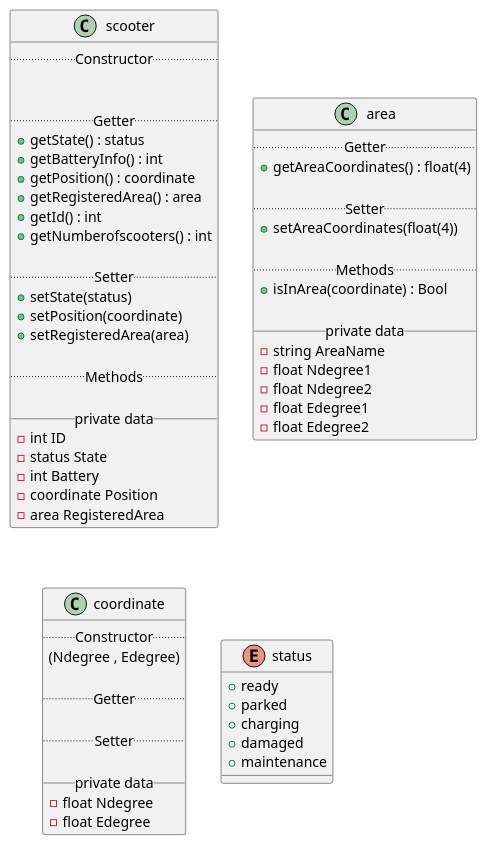
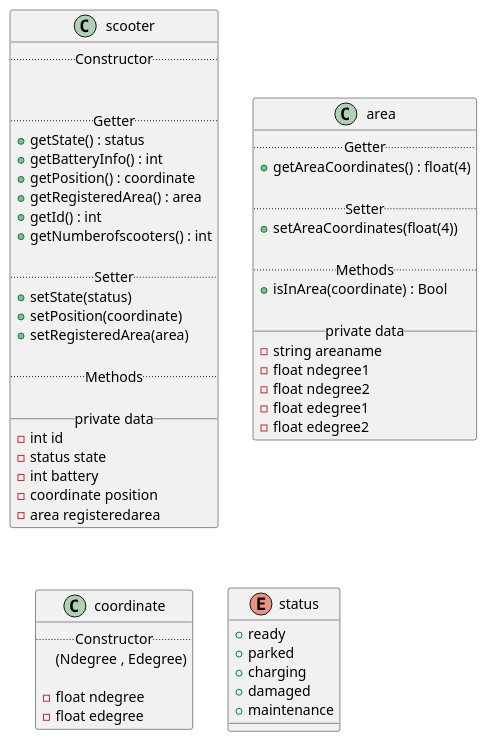
One commit to fh-erfurt/Scooter-MS changed the diagram in umldiagram.iuml. Above: the diagram before and after it, drawn with PlantUML.

Commit message:
updated uml

```diff
--- a/umldiagram.iuml
+++ b/umldiagram.iuml
@@ -1,85 +1,80 @@
 @startuml
 
 
 
 
 
 skinparam componentStyle uml2
 
 
 
 class scooter {
   .. Constructor ..
 
 
   .. Getter ..
   + getState() : status
   + getBatteryInfo() : int
   + getPosition() : coordinate
   + getRegisteredArea() : area
   + getId() : int
   + getNumberofscooters() : int
 
   .. Setter ..
   + setState(status)
   + setPosition(coordinate)
   +setRegisteredArea(area)
 
   .. Methods ..
 
   __ private data __
-  -int ID
-  -status State
-  -int Battery
-  -coordinate Position
-  -area RegisteredArea
+  -int id
+  -status state
+  -int battery
+  -coordinate position
+  -area registeredarea
 }
 
 class area {
   .. Getter ..
   +getAreaCoordinates() : float(4)
 
   .. Setter ..
   +setAreaCoordinates(float(4))
 
   .. Methods ..
   +isInArea(coordinate) : Bool
 
   __ private data __
-  -string AreaName
-  -float Ndegree1
-  -float Ndegree2
-  -float Edegree1
-  -float Edegree2
+  -string areaname
+  -float ndegree1
+  -float ndegree2
+  -float edegree1
+  -float edegree2
 }
 
 
 
 class coordinate {
   .. Constructor ..
   (Ndegree , Edegree)
 
-  .. Getter ..
-
-  .. Setter ..
-
-  __ private data __
-  -float Ndegree
-  -float Edegree
+  -float ndegree
+  -float edegree
 }
 
 
 
 enum status {
   + ready
   + parked
   + charging
   + damaged
   + maintenance
 }
 
 
 
 
 
 @enduml
```
